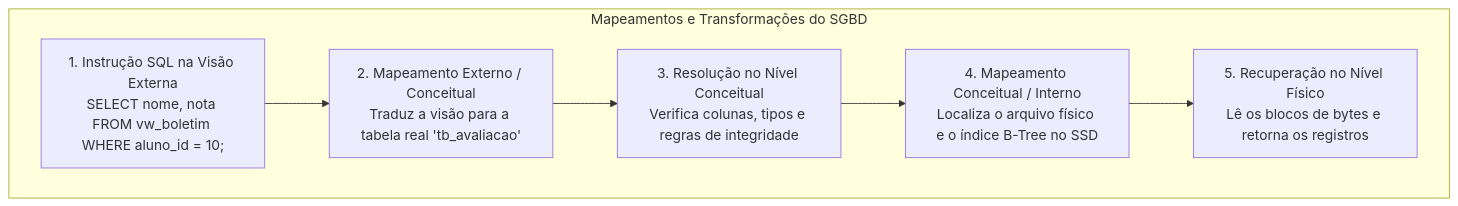
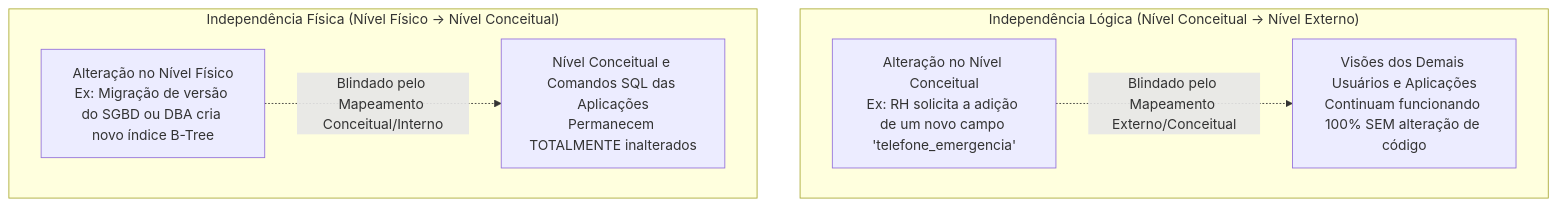
The third of 5 diagrams in 02. Modelagem de Dados/04. Níveis do sgbd e etapas do projeto de banco de dados.md (leorruas/puc), drawn with Mermaid before and after one commit. The commit also changed other lines of this file and 1 other file, not shown here.

````diff
--- a/02. Modelagem de Dados/04. Níveis do sgbd e etapas do projeto de banco de dados.md
+++ b/02. Modelagem de Dados/04. Níveis do sgbd e etapas do projeto de banco de dados.md
@@ -115,12 +115,14 @@
 ```mermaid
 flowchart TD
-    subgraph SubgraphTransformacoes["Mapeamentos e Transformações do SGBD"]
-        Passo1["1. Instrução SQL na Visão Externa<br>SELECT nome, nota FROM vw_boletim WHERE aluno_id = 10;"]
-        Map1["2. Mapeamento Externo / Conceitual<br>Traduz a visão para a tabela real 'tb_avaliacao'"]
-        Passo2["3. Resolução no Nível Conceitual<br>Verifica colunas, tipos e regras de integridade"]
-        Map2["4. Mapeamento Conceitual / Interno<br>Localiza o arquivo físico e o índice B-Tree no SSD"]
-        Passo3["5. Recuperação no Nível Físico<br>Lê os blocos de bytes e retorna os registros"]
+    subgraph SubgraphLogica["Independência Lógica (Nível Conceitual -> Nível Externo)"]
+        ModConc["Alteração no Nível Conceitual<br>Ex: RH solicita a adição de um novo campo 'telefone_emergencia'"]
+        AppIntacta["Visões dos Demais Usuários e Aplicações<br>Continuam funcionando 100% SEM alteração de código"]
+        ModConc -.->|"Blindado pelo Mapeamento Externo/Conceitual"| AppIntacta
     end
 
-    Passo1 --> Map1 --> Passo2 --> Map2 --> Passo3
+    subgraph SubgraphFisica["Independência Física (Nível Físico -> Nível Conceitual)"]
+        ModFis["Alteração no Nível Físico<br>Ex: Migração de versão do SGBD ou DBA cria novo índice B-Tree"]
+        ConcIntacto["Nível Conceitual e Comandos SQL das Aplicações<br>Permanecem TOTALMENTE inalterados"]
+        ModFis -.->|"Blindado pelo Mapeamento Conceitual/Interno"| ConcIntacto
+    end
 ```
````
